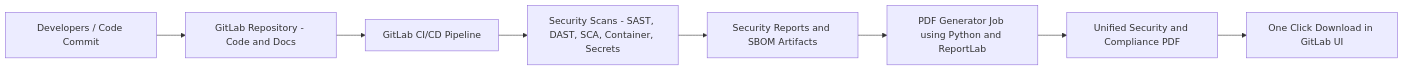
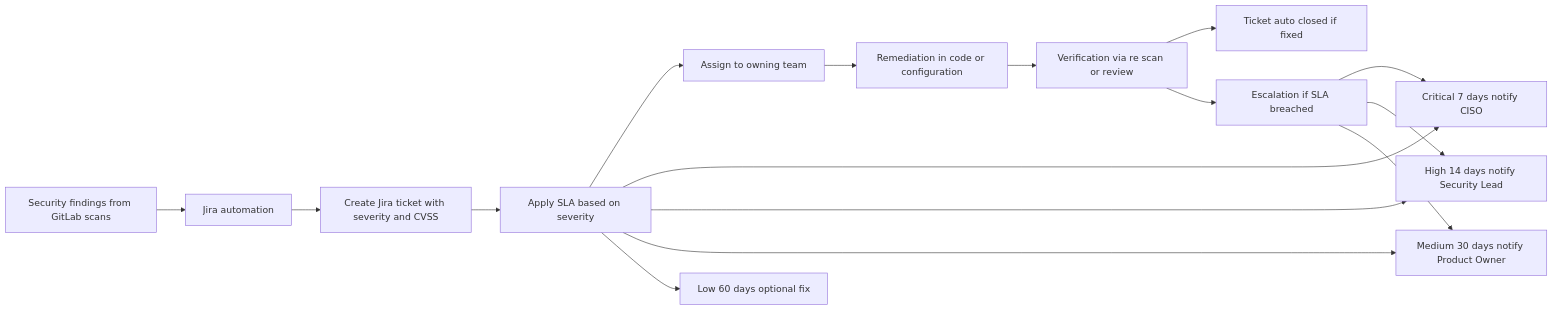
Before and after one commit to Mynkskhr/Mapping: the fifth of 5 diagrams in inDev.md, drawn with Mermaid.

````diff
--- a/inDev.md
+++ b/inDev.md
@@ -167,14 +167,25 @@
 ```mermaid
 
 
 flowchart LR
-    A[Developers / Code Commit] --> B[GitLab Repository - Code and Docs]
-    B --> C[GitLab CI/CD Pipeline]
-    C --> D[Security Scans - SAST, DAST, SCA, Container, Secrets]
-    D --> E[Security Reports and SBOM Artifacts]
-    E --> F[PDF Generator Job using Python and ReportLab]
-    F --> G[Unified Security and Compliance PDF]
-    G --> H[One Click Download in GitLab UI]
+    A[Security findings from GitLab scans] --> B[Jira automation]
+    B --> C[Create Jira ticket with severity and CVSS]
+    C --> D[Apply SLA based on severity]
+    D --> E[Assign to owning team]
+
+    D --> S1[Critical 7 days notify CISO]
+    D --> S2[High 14 days notify Security Lead]
+    D --> S3[Medium 30 days notify Product Owner]
+    D --> S4[Low 60 days optional fix]
+
+    E --> F[Remediation in code or configuration]
+    F --> G[Verification via re scan or review]
+    G --> H[Ticket auto closed if fixed]
+    G --> I[Escalation if SLA breached]
+
+    I --> S1
+    I --> S2
+    I --> S3
 
 
 ```
````
